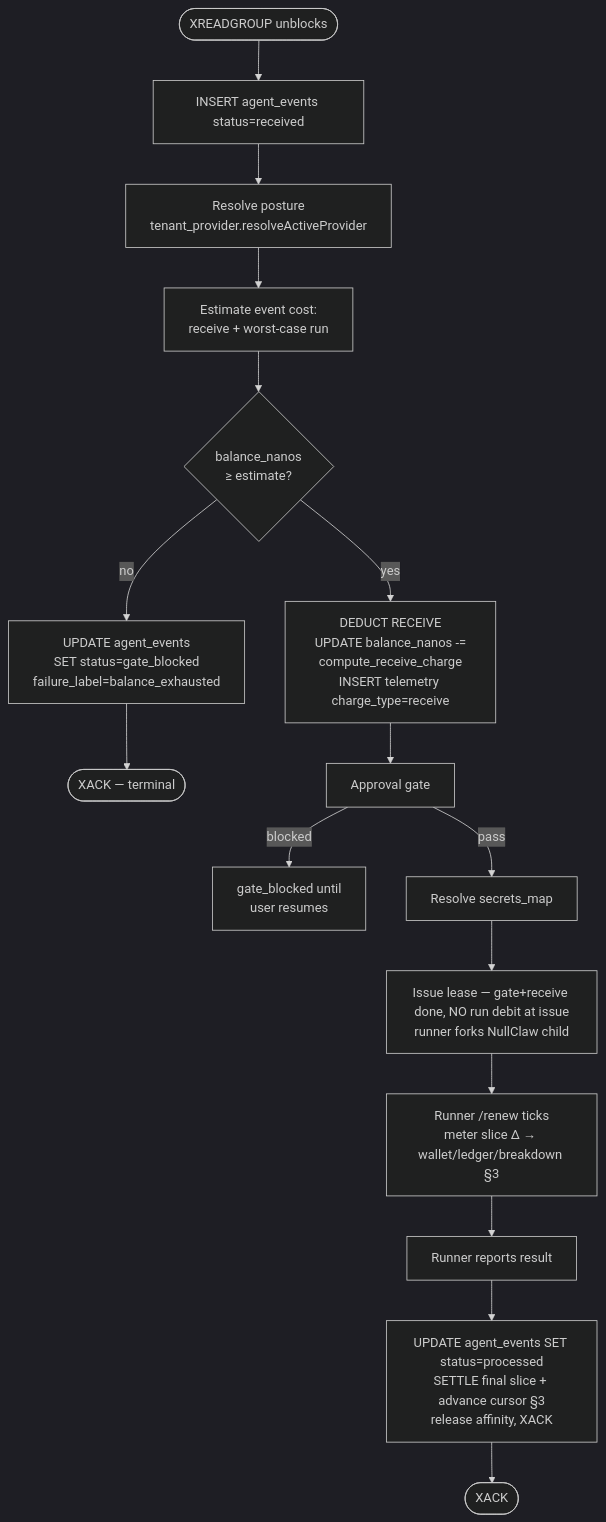
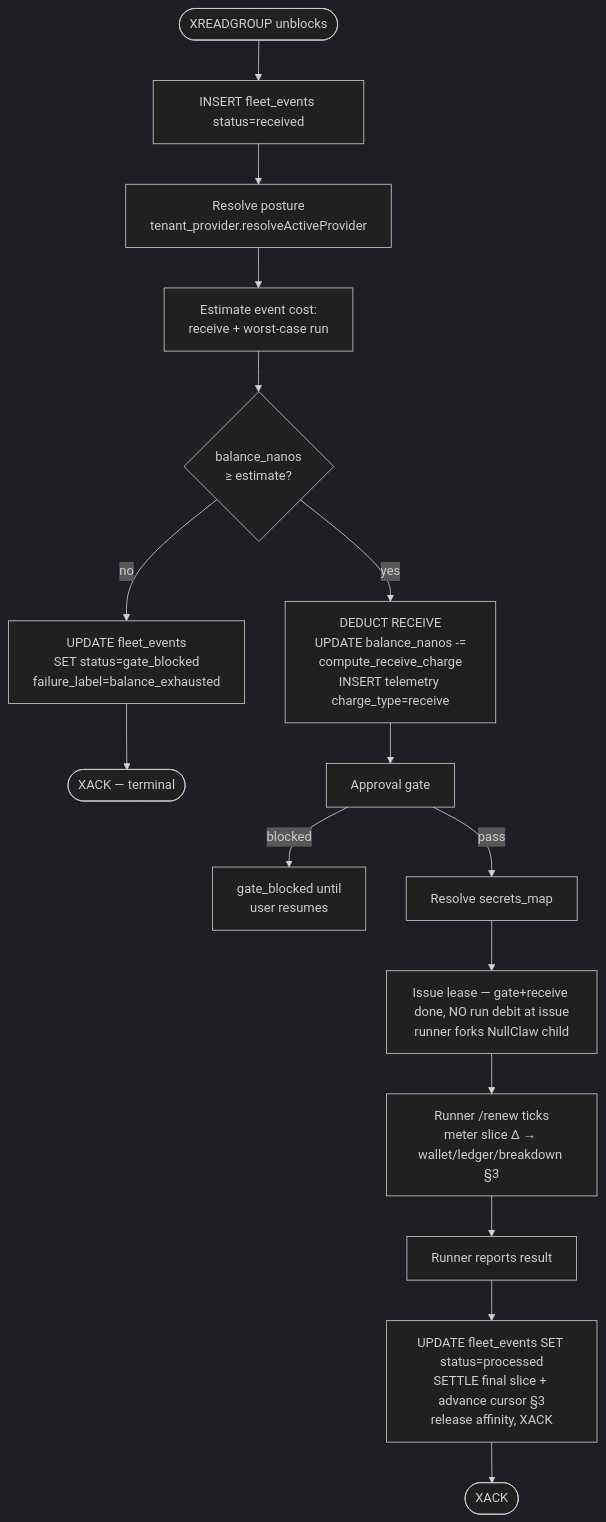
Before and after one commit to agentsfleet/agentsfleet: the diagram in docs/architecture/billing_and_provider_keys.md, drawn with Mermaid (dark theme). The commit also changed other lines of this file and 787 other files, not shown here.

First line of the commit message:
chore(m94): WIP snapshot — fleet-bundle scaffolding + architecture docs reconciled

````diff
--- a/docs/architecture/billing_and_provider_keys.md
+++ b/docs/architecture/billing_and_provider_keys.md
@@ -199,18 +199,18 @@
 ```mermaid
 flowchart TD
-    A([XREADGROUP unblocks]) --> B[INSERT agent_events status=received]
+    A([XREADGROUP unblocks]) --> B[INSERT fleet_events status=received]
     B --> C[Resolve posture<br/>tenant_provider.resolveActiveProvider]
     C --> D[Estimate event cost:<br/>receive + worst-case run]
     D --> E{balance_nanos<br/>≥ estimate?}
-    E -->|no| Block[UPDATE agent_events<br/>SET status=gate_blocked<br/>failure_label=balance_exhausted]
+    E -->|no| Block[UPDATE fleet_events<br/>SET status=gate_blocked<br/>failure_label=balance_exhausted]
     Block --> X1([XACK — terminal])
     E -->|yes| F[DEDUCT RECEIVE<br/>UPDATE balance_nanos -=<br/>compute_receive_charge<br/>INSERT telemetry charge_type=receive]
     F --> G[Approval gate]
     G -->|blocked| Wait[gate_blocked until<br/>user resumes]
     G -->|pass| H[Resolve secrets_map]
     H --> J[Issue lease — gate+receive done, NO run debit at issue<br/>runner forks NullClaw child]
     J --> Renew[Runner /renew ticks<br/>meter slice Δ → wallet/ledger/breakdown §3]
     Renew --> K[Runner reports result]
-    K --> L[UPDATE agent_events SET status=processed<br/>SETTLE final slice + advance cursor §3<br/>release affinity, XACK]
+    K --> L[UPDATE fleet_events SET status=processed<br/>SETTLE final slice + advance cursor §3<br/>release affinity, XACK]
     L --> X2([XACK])
 ```
````
